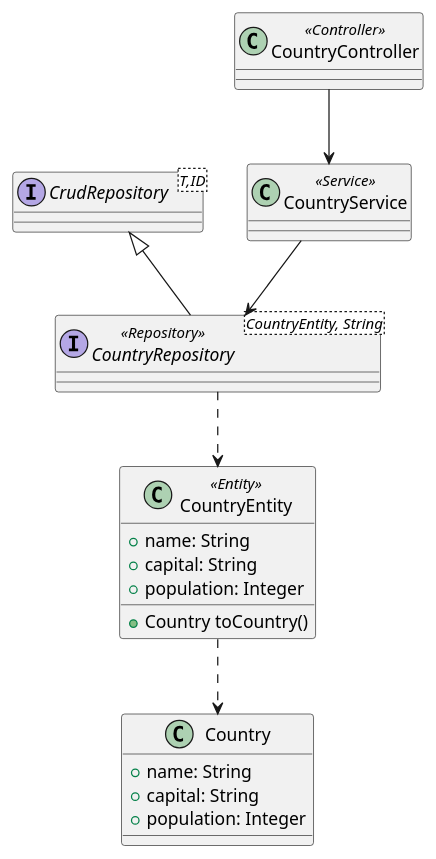
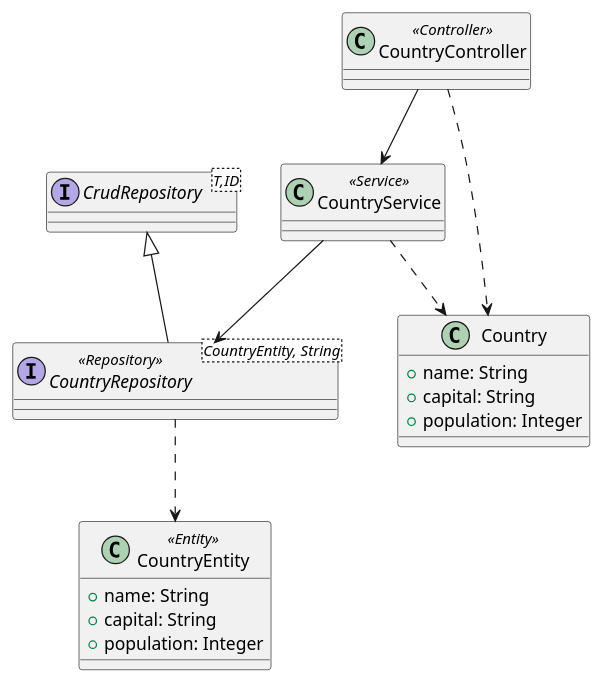
Before and after one commit to laminba2003/quarkus-rest-services: the second of 5 diagrams in src/main/asciidoc/index.adoc, drawn with PlantUML. The commit also changed other lines of this file and 9 other files, not shown here.

```diff
--- a/src/main/asciidoc/index.adoc
+++ b/src/main/asciidoc/index.adoc
@@ -75,35 +83,35 @@
 [plantuml, GetCountries-class-diagram, png]
 ----
 class Country {
   + name: String
   + capital: String
   + population: Integer
 }
 
 class CountryEntity <<Entity>> {
   + name: String
   + capital: String
   + population: Integer
-  + Country toCountry()
 }
 
 interface CountryRepository<CountryEntity, String> <<Repository>> {
 }
 
 interface CrudRepository<T,ID> {
 }
 
 class CountryService <<Service>> {
 }
 
 class CountryController <<Controller>> {
 }
 
 
-CountryEntity ..> Country
 CountryRepository ..> CountryEntity
 CrudRepository <|-- CountryRepository
 CountryService --> CountryRepository
 CountryController --> CountryService
+CountryController ..> Country
+CountryService ..> Country
 
 ----
```
